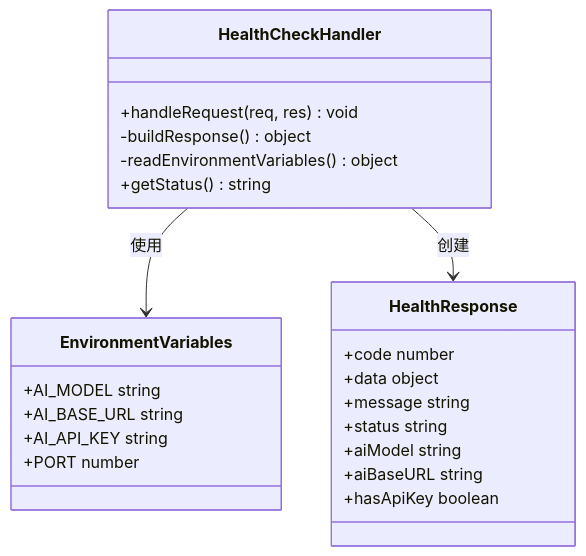
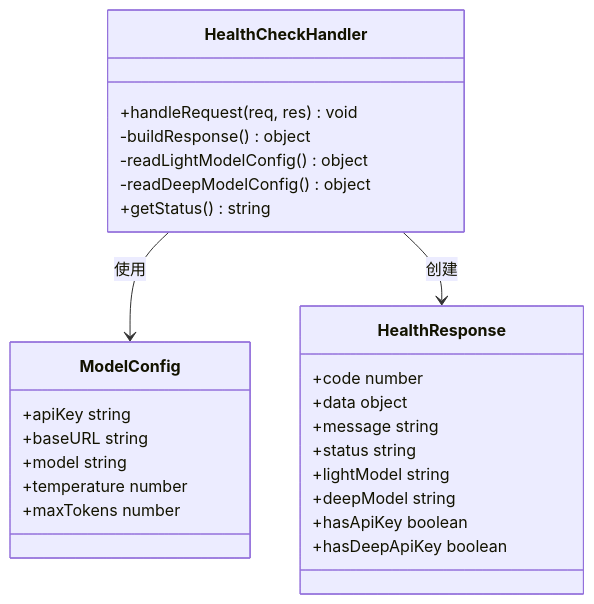
Before and after one commit to aHin0805/FH6CarSettingAgent: the fifth of 8 diagrams in .qoder/repowiki/zh/content/API参考文档/健康检查接口.md, drawn with Mermaid. The commit also changed other lines of this file and 59 other files, not shown here.

````diff
--- a/.qoder/repowiki/zh/content/API参考文档/健康检查接口.md
+++ b/.qoder/repowiki/zh/content/API参考文档/健康检查接口.md
@@ -177,26 +204,29 @@
 ```mermaid
 classDiagram
 class HealthCheckHandler {
 +handleRequest(req, res) void
 -buildResponse() object
--readEnvironmentVariables() object
+-readLightModelConfig() object
+-readDeepModelConfig() object
 +getStatus() string
 }
-class EnvironmentVariables {
-+AI_MODEL string
-+AI_BASE_URL string
-+AI_API_KEY string
-+PORT number
+class ModelConfig {
++apiKey string
++baseURL string
++model string
++temperature number
++maxTokens number
 }
 class HealthResponse {
 +code number
 +data object
 +message string
 +status string
-+aiModel string
-+aiBaseURL string
++lightModel string
++deepModel string
 +hasApiKey boolean
++hasDeepApiKey boolean
 }
-HealthCheckHandler --> EnvironmentVariables : 使用
+HealthCheckHandler --> ModelConfig : 使用
 HealthCheckHandler --> HealthResponse : 创建
 ```
````
